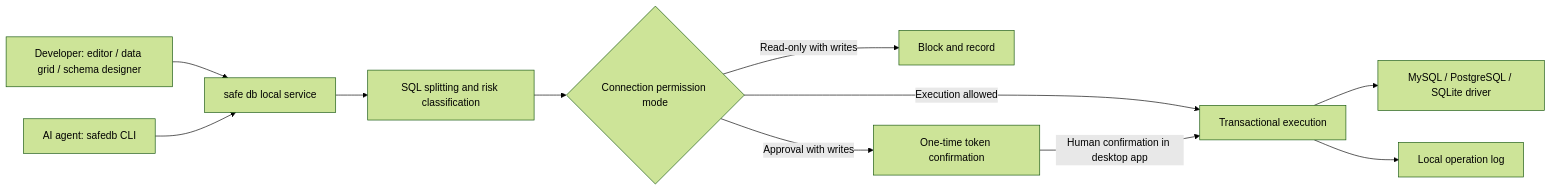
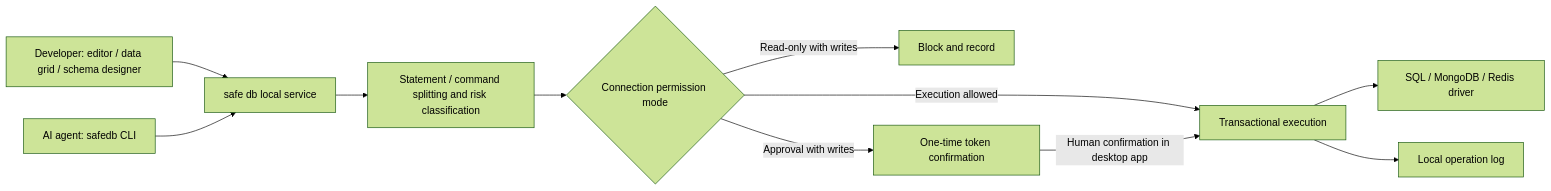
The diagram in README_EN.md (qq1060656096/safe-db), drawn with Mermaid (forest theme) before and after one commit. The commit also changed other lines of this file and 39 other files, not shown here.

````diff
--- a/README_EN.md
+++ b/README_EN.md
@@ -128,13 +148,13 @@
 ```mermaid
 flowchart LR
     Human["Developer: editor / data grid / schema designer"] --> Gateway["safe db local service"]
     Agent["AI agent: safedb CLI"] --> Gateway
-    Gateway --> Split["SQL splitting and risk classification"]
+    Gateway --> Split["Statement / command splitting and risk classification"]
     Split --> Policy{"Connection permission mode"}
     Policy -->|Read-only with writes| Deny["Block and record"]
     Policy -->|Approval with writes| Confirm["One-time token confirmation"]
     Policy -->|Execution allowed| Tx["Transactional execution"]
     Confirm -->|Human confirmation in desktop app| Tx
-    Tx --> Driver["MySQL / PostgreSQL / SQLite driver"]
+    Tx --> Driver["SQL / MongoDB / Redis driver"]
     Tx --> Audit["Local operation log"]
 ```
````
